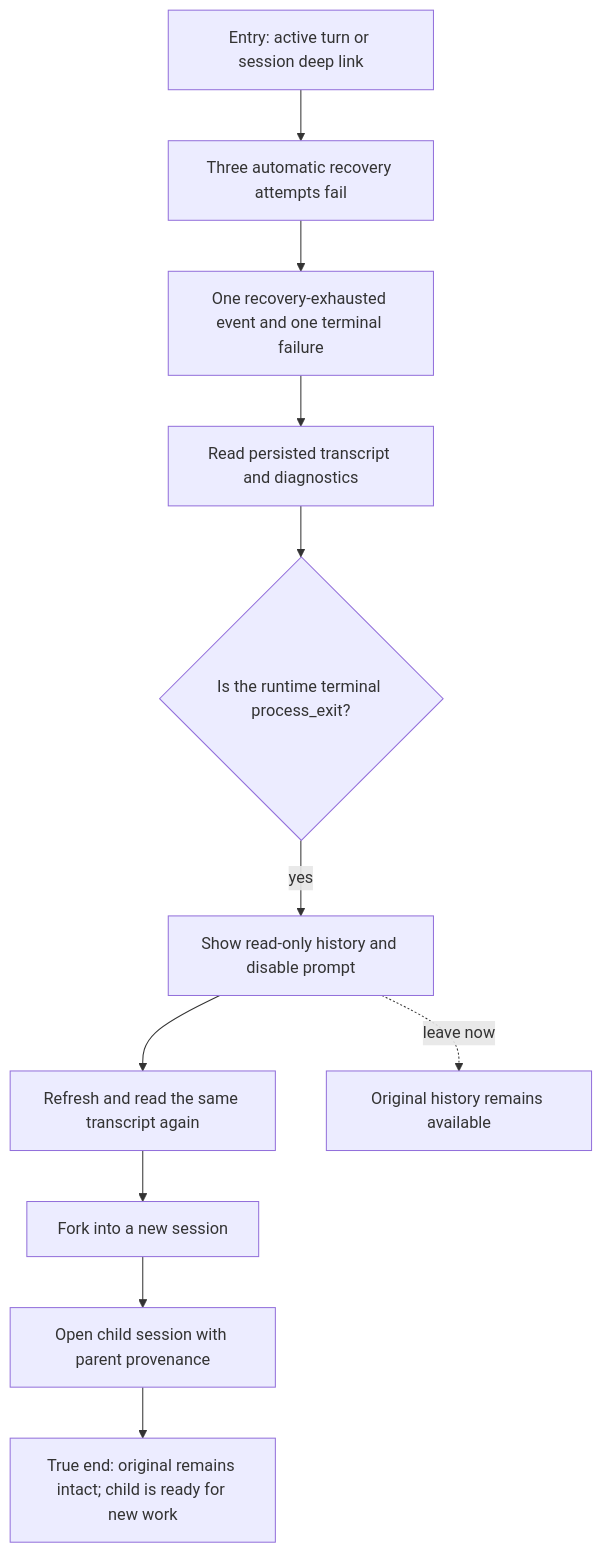
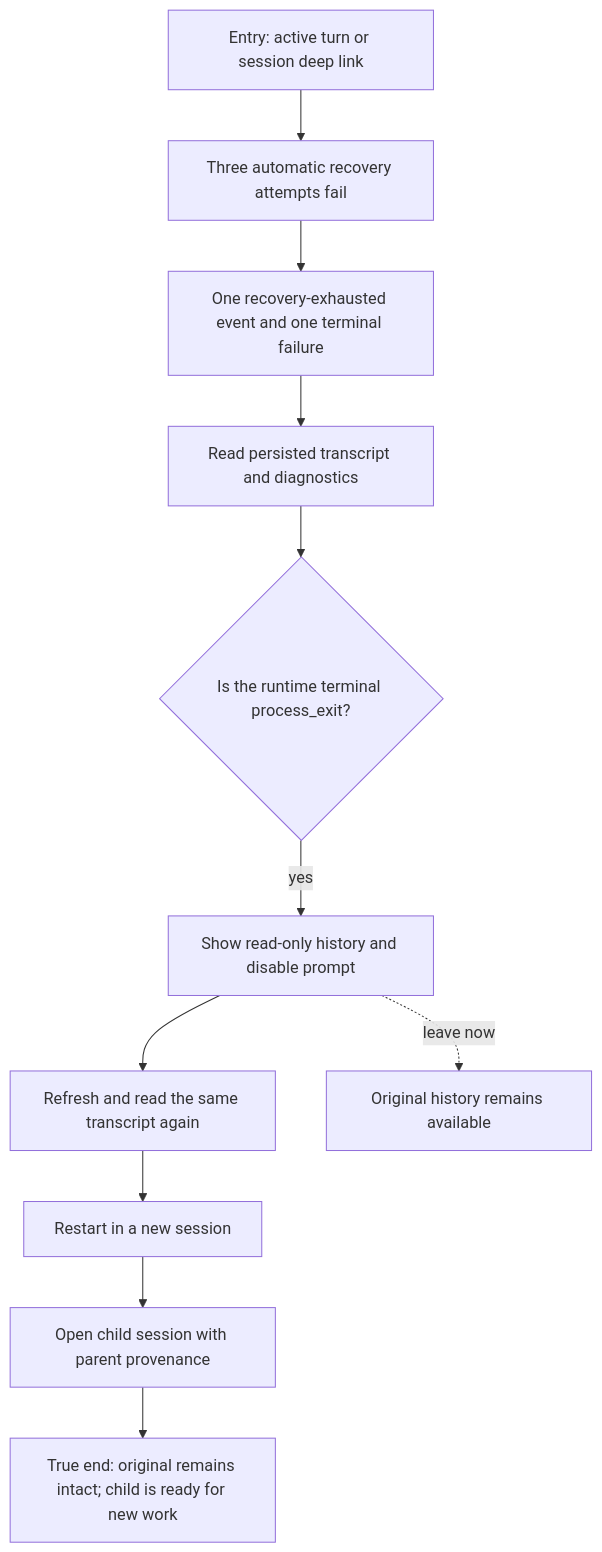
One commit to compozy/compozy changed the diagram in docs/qa/journeys/J-dead-session-history-recovery.md. Above: the diagram before and after it, drawn with Mermaid. The commit also changed other lines of this file and 490 other files, not shown here.

````diff
--- a/docs/qa/journeys/J-dead-session-history-recovery.md
+++ b/docs/qa/journeys/J-dead-session-history-recovery.md
@@ -8,13 +8,13 @@
 ```mermaid
 flowchart TD
     E[Entry: active turn or session deep link] --> A[Three automatic recovery attempts fail]
     A --> X[One recovery-exhausted event and one terminal failure]
     X --> H[Read persisted transcript and diagnostics]
     H --> P{Is the runtime terminal process_exit?}
     P -->|yes| RO[Show read-only history and disable prompt]
     RO --> R[Refresh and read the same transcript again]
-    R --> F[Fork into a new session]
+    R --> F[Restart in a new session]
     F --> C[Open child session with parent provenance]
     RO -.->|leave now| L[Original history remains available]
     C --> T[True end: original remains intact; child is ready for new work]
 ```
````
